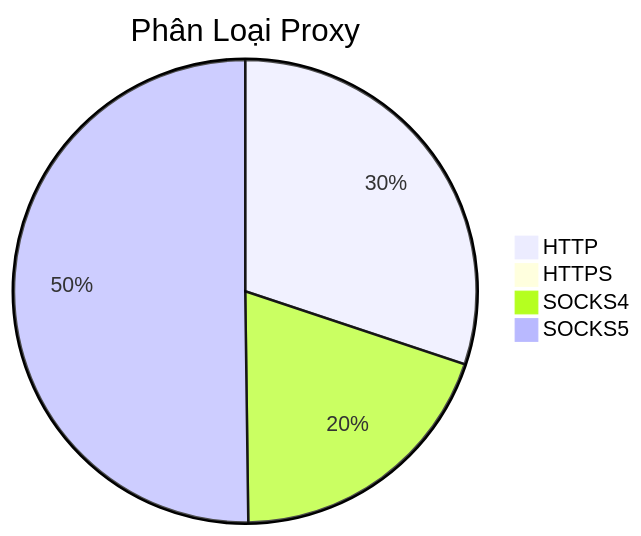
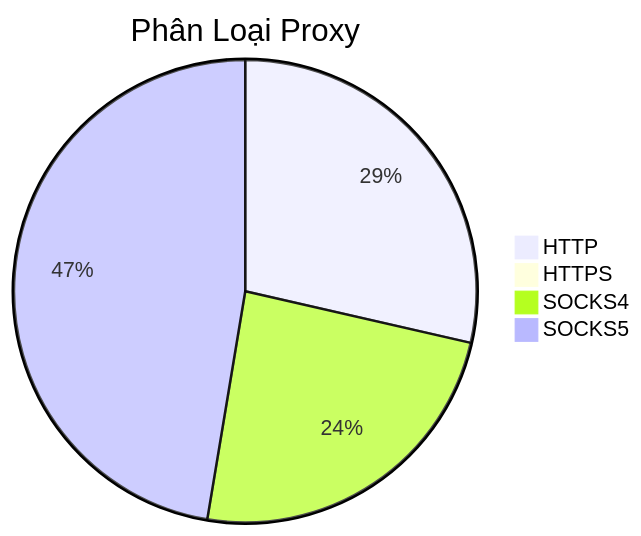
One commit to Ciara-Aa/PROXY-free changed the diagram in README.md. Above: the diagram before and after it, drawn with Mermaid. The commit also changed other lines of this file and 4 other files, not shown here.

````diff
--- a/README.md
+++ b/README.md
@@ -26,7 +26,7 @@
 ```mermaid
 pie title Phân Loại Proxy
-    "HTTP" : 358
-    "HTTPS" : 2
-    "SOCKS4" : 234
-    "SOCKS5" : 597
+    "HTTP" : 359
+    "HTTPS" : 3
+    "SOCKS4" : 302
+    "SOCKS5" : 595
 ```
````
